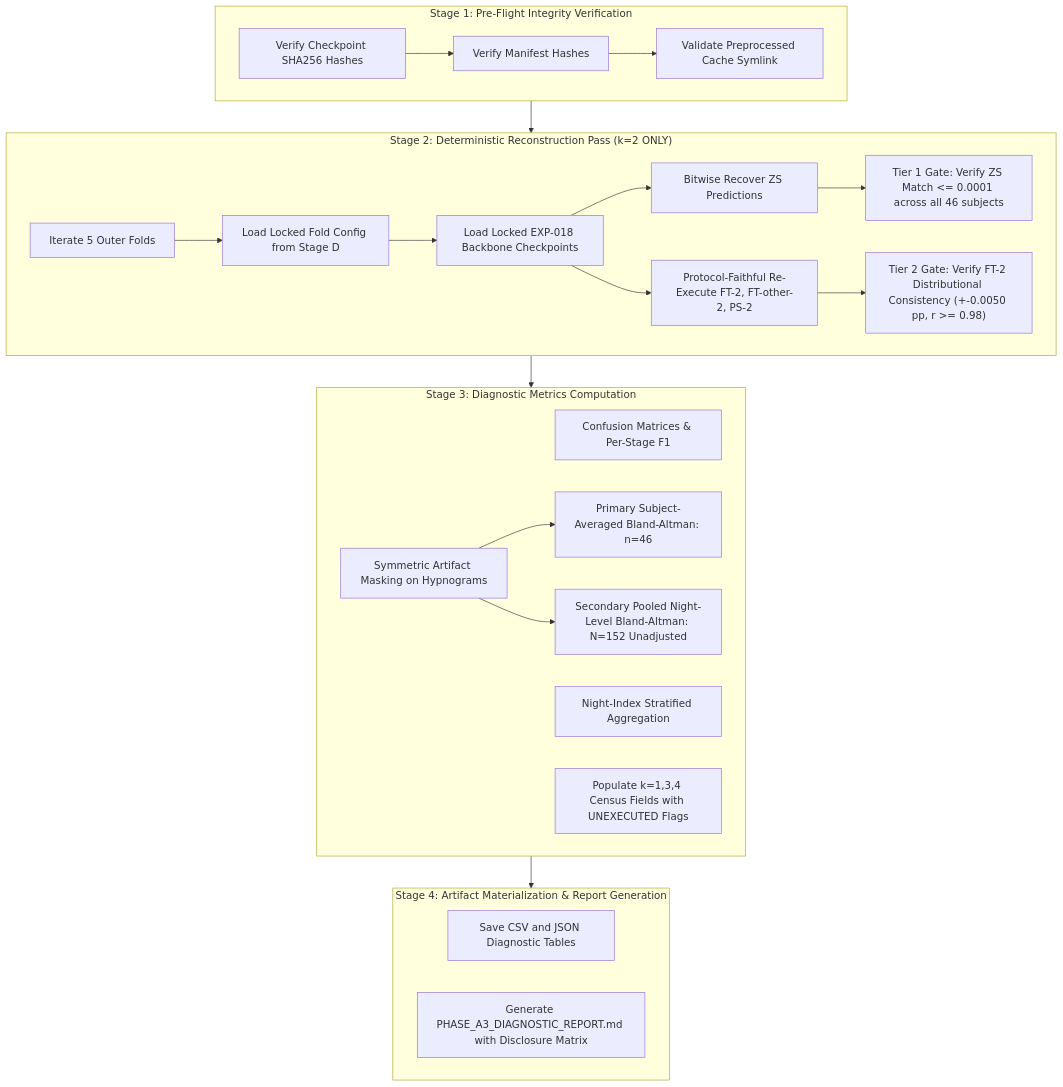
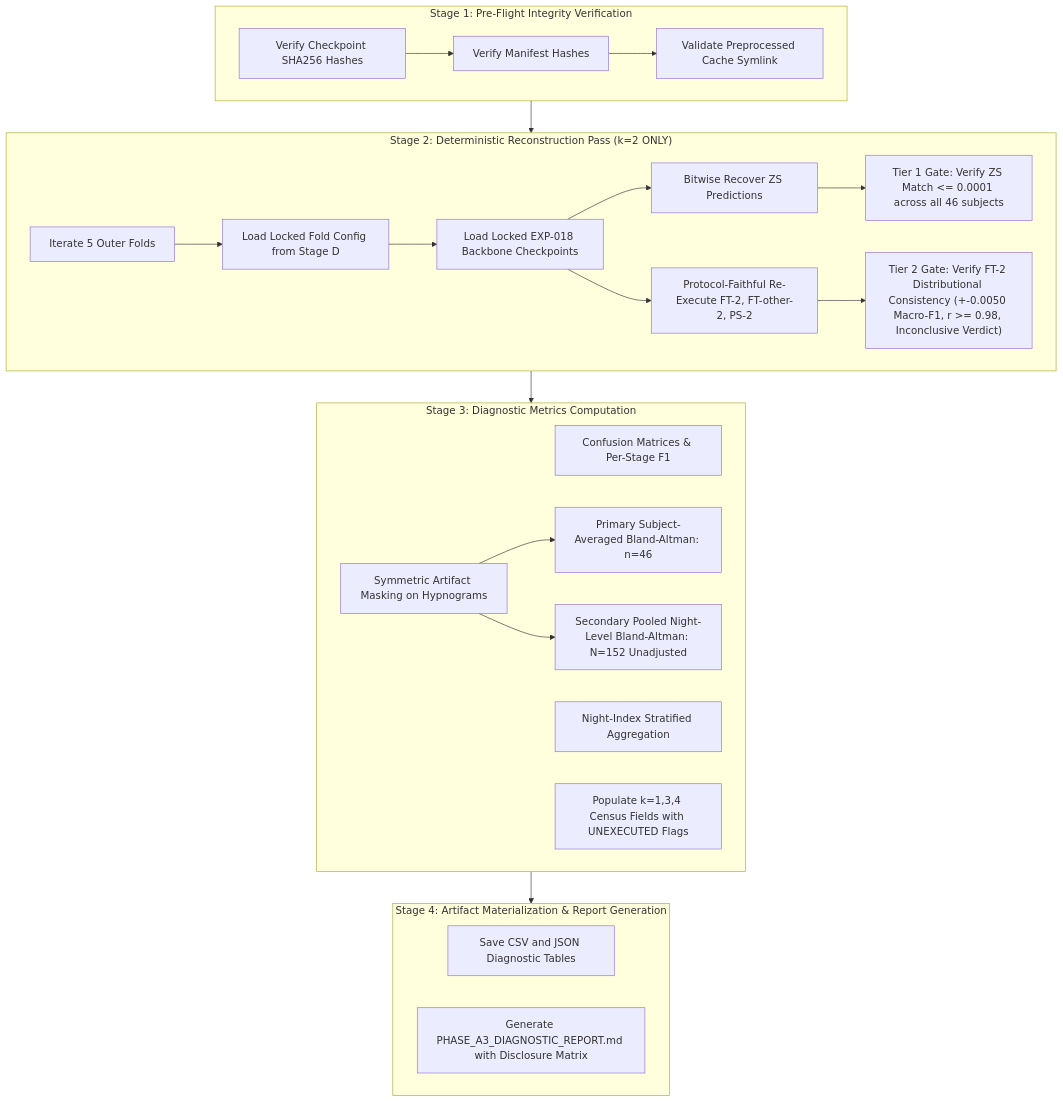
Before and after one commit to jbjoyk/A-Multi-Night-Instantaneous-Heart-Rate-and-Accelerometry-: the diagram in experiments/EXP-019/design_phase_a3_extraction.md, drawn with Mermaid. The commit also changed other lines of this file, not shown here.

Commit message:
docs(exp019): resolve tier-2 paired-delta reproducibility gate unit defect (egm-resolve)

````diff
--- a/experiments/EXP-019/design_phase_a3_extraction.md
+++ b/experiments/EXP-019/design_phase_a3_extraction.md
@@ -114,32 +114,32 @@
 ```mermaid
 flowchart TD
     subgraph S1 ["Stage 1: Pre-Flight Integrity Verification"]
         A[Verify Checkpoint SHA256 Hashes] --> B[Verify Manifest Hashes]
         B --> C[Validate Preprocessed Cache Symlink]
     end
 
     subgraph S2 ["Stage 2: Deterministic Reconstruction Pass (k=2 ONLY)"]
         D[Iterate 5 Outer Folds] --> E[Load Locked Fold Config from Stage D]
         E --> F[Load Locked EXP-018 Backbone Checkpoints]
         F --> G1[Bitwise Recover ZS Predictions]
         F --> G2[Protocol-Faithful Re-Execute FT-2, FT-other-2, PS-2]
         G1 --> H1["Tier 1 Gate: Verify ZS Match <= 0.0001 across all 46 subjects"]
-        G2 --> H2["Tier 2 Gate: Verify FT-2 Distributional Consistency (+-0.0050 pp, r >= 0.98)"]
+        G2 --> H2["Tier 2 Gate: Verify FT-2 Distributional Consistency (+-0.0050 Macro-F1, r >= 0.98, Inconclusive Verdict)"]
     end
 
     subgraph S3 ["Stage 3: Diagnostic Metrics Computation"]
         I[Confusion Matrices & Per-Stage F1]
         J[Symmetric Artifact Masking on Hypnograms]
         J --> K1[Primary Subject-Averaged Bland-Altman: n=46]
         J --> K2[Secondary Pooled Night-Level Bland-Altman: N=152 Unadjusted]
         L[Night-Index Stratified Aggregation]
         M[Populate k=1,3,4 Census Fields with UNEXECUTED Flags]
     end
 
     subgraph S4 ["Stage 4: Artifact Materialization & Report Generation"]
         N[Save CSV and JSON Diagnostic Tables]
         O[Generate PHASE_A3_DIAGNOSTIC_REPORT.md with Disclosure Matrix]
     end
 
     S1 --> S2 --> S3 --> S4
 ```
````
